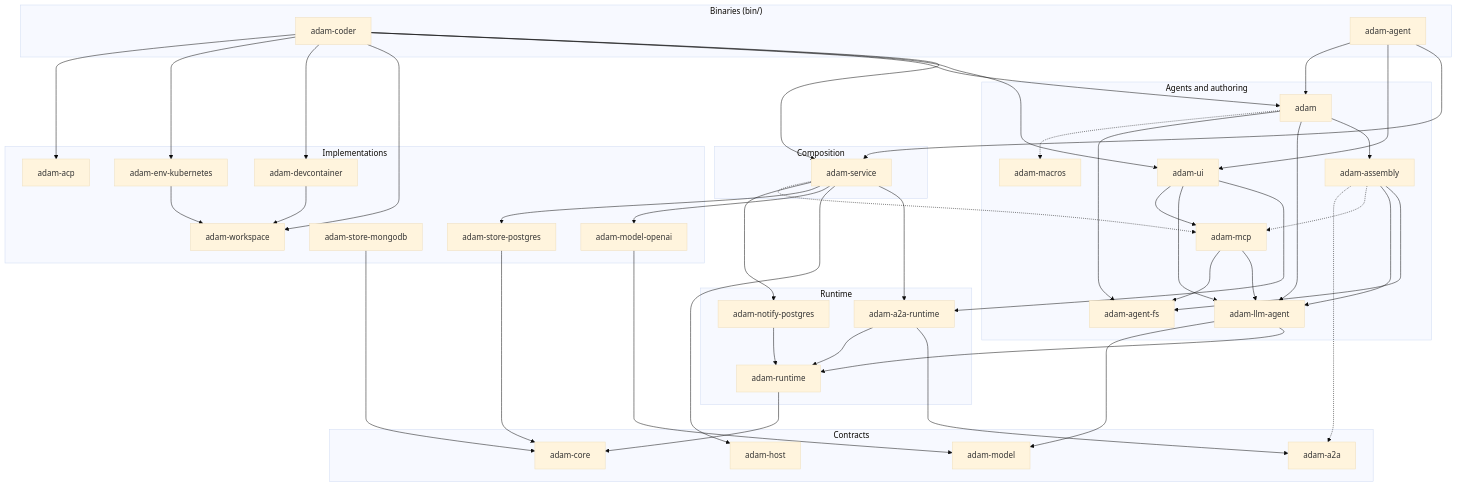
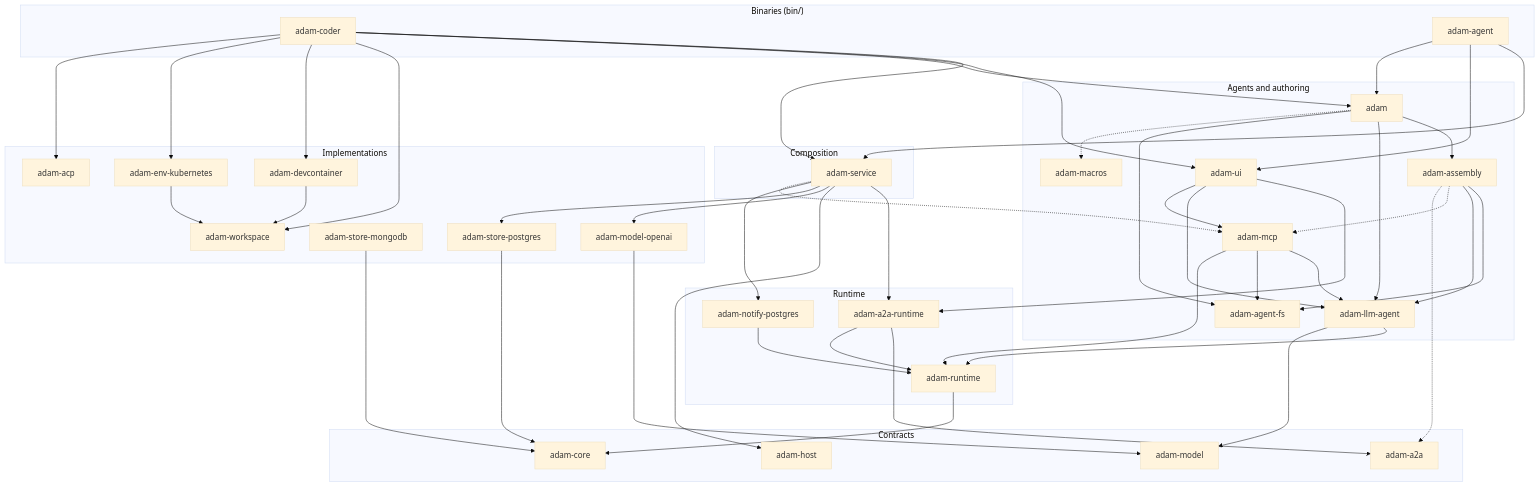
Before and after one commit to vymalo/another-adam-rs: the first of 17 diagrams in docs/architecture.md, drawn with Mermaid (base theme). The commit also changed 55 other files, not shown here.

````diff
--- a/docs/architecture.md
+++ b/docs/architecture.md
@@ -46,80 +46,81 @@
 ```mermaid
 flowchart TB
     subgraph bins["Binaries (bin/)"]
         coder["adam-coder"]
         agent["adam-agent"]
     end
     subgraph svc["Composition"]
         service["adam-service"]
     end
     subgraph agents["Agents and authoring"]
         ui["adam-ui"]
         facade["adam"]
         asm["adam-assembly"]
         mcp["adam-mcp"]
         agentfs["adam-agent-fs"]
         macros["adam-macros"]
         llm["adam-llm-agent"]
     end
     subgraph runtime["Runtime"]
         a2art["adam-a2a-runtime"]
         rt["adam-runtime"]
         pgn["adam-notify-postgres"]
     end
     subgraph contracts["Contracts"]
         a2a["adam-a2a"]
         core["adam-core"]
         model["adam-model"]
         host["adam-host"]
     end
     subgraph impls["Implementations"]
         pg["adam-store-postgres"]
         mongo["adam-store-mongodb"]
         openai["adam-model-openai"]
         ws["adam-workspace"]
         devc["adam-devcontainer"]
         kube["adam-env-kubernetes"]
         acp["adam-acp"]
     end
 
     coder --> service
     coder --> ui
     coder --> facade
     coder --> ws
     coder --> devc
     coder --> kube
     coder --> acp
     agent --> service
     agent --> ui
     agent --> facade
     service --> a2art
     service --> host
     service --> openai
     service --> pg
     service --> pgn
     service -.-> mcp
     a2art --> a2a
     a2art --> rt
     ui --> a2art
     ui --> llm
     ui --> mcp
     facade --> asm
     facade --> llm
     facade --> agentfs
     facade -.-> macros
     asm --> agentfs
     asm --> llm
     asm -.-> mcp
     asm -.-> a2a
     mcp --> llm
     mcp --> agentfs
+    mcp --> rt
     llm --> rt
     llm --> model
     rt --> core
     pgn --> rt
     pg --> core
     mongo --> core
     openai --> model
     devc --> ws
     kube --> ws
 ```
````
